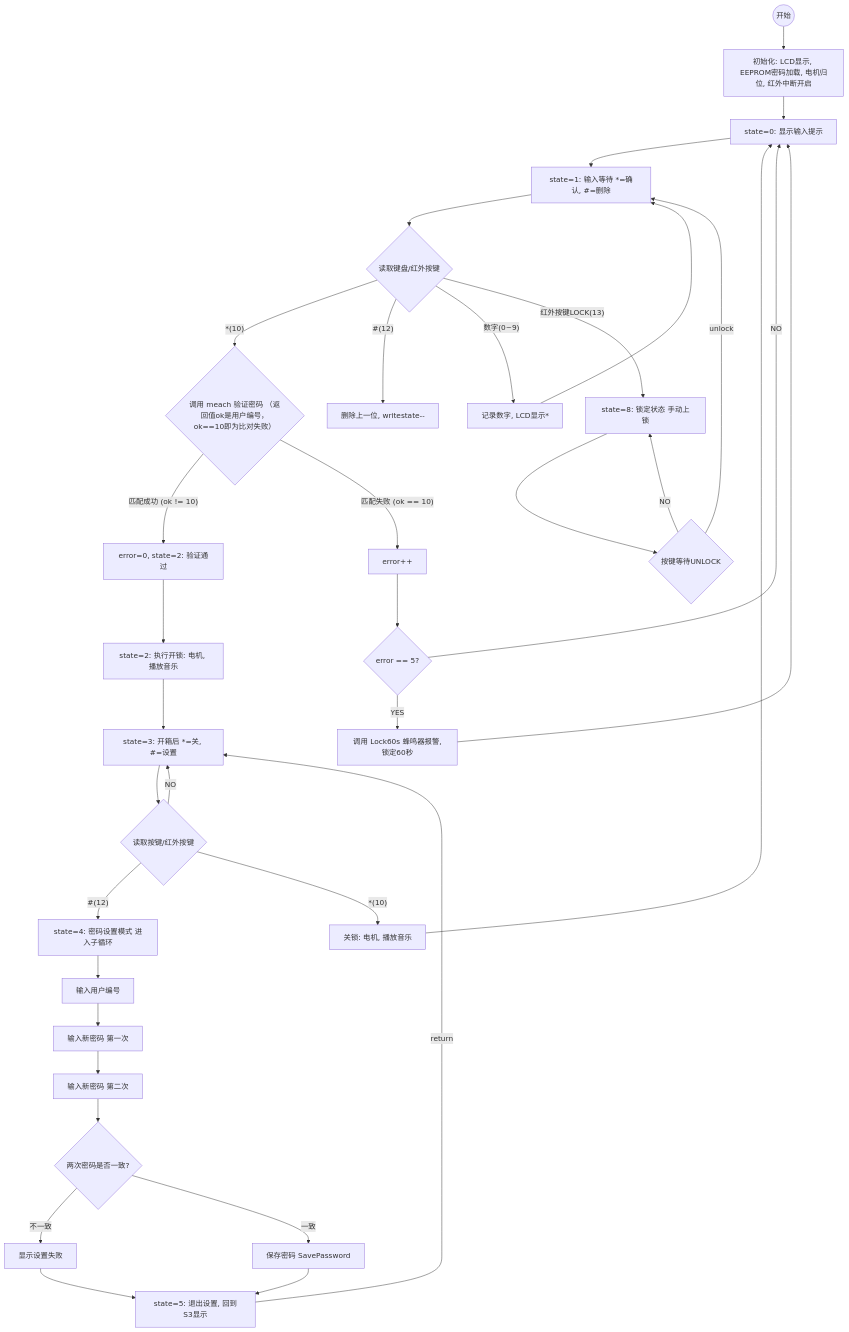
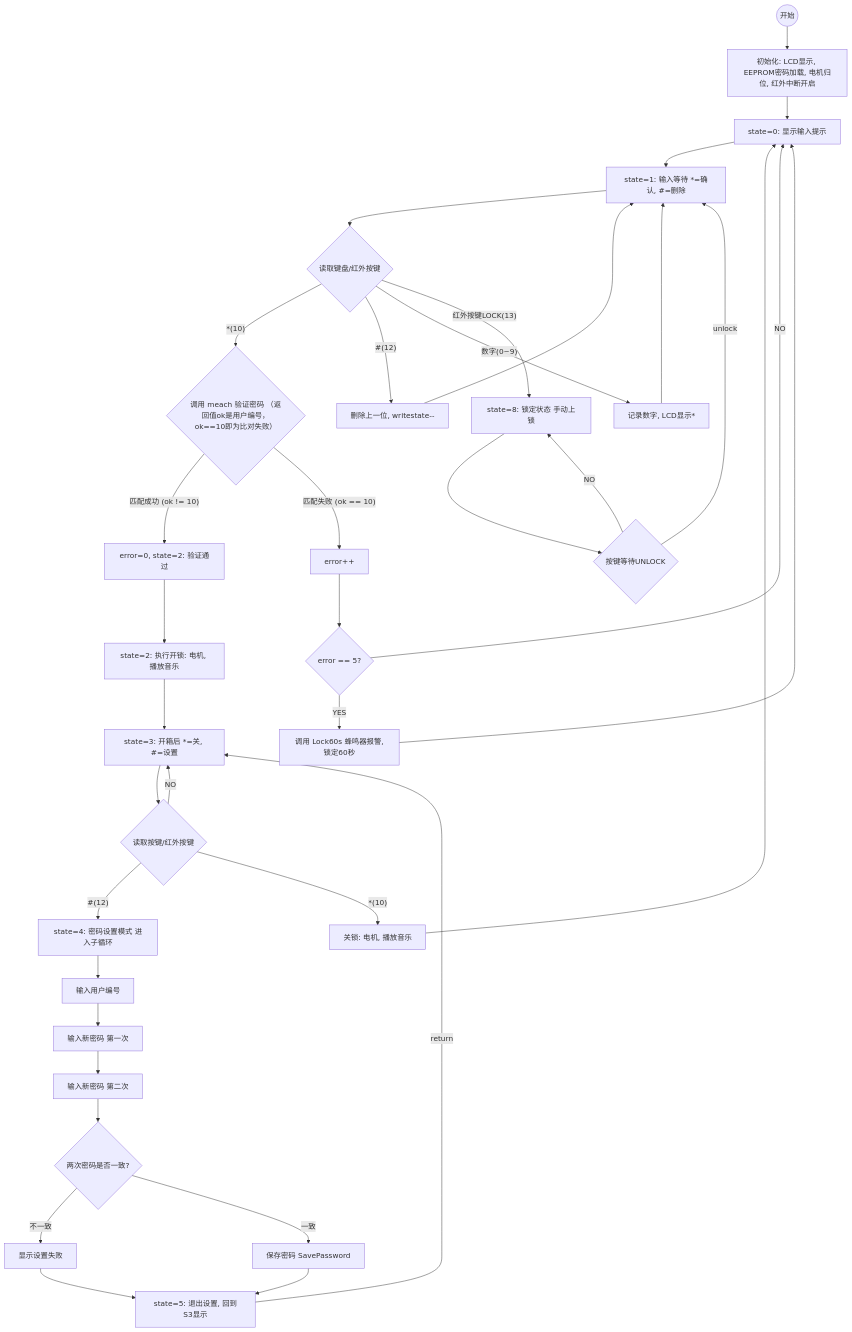
Before and after one commit to ksxyh-22/iodraw-files: the diagram in all/未命名-2.md, drawn with Mermaid.

Commit message:
2025-10-11 11:36:21 update

````diff
--- a/all/未命名-2.md
+++ b/all/未命名-2.md
@@ -1,76 +1,76 @@
 ```mermaid
 graph TD
     %% 状态机主流程
     START((开始)) --> INIT[初始化: LCD显示, EEPROM密码加载, 电机归位, 红外中断开启];
     INIT --> S0[state=0: 显示输入提示];
 
     %% 状态 1: 密码输入与验证 (主流程)
     S0 --> S1[state=1: 输入等待 *=确认, #=删除];
     
     S1 --> INPUT{读取键盘/红外按键};
     
     %% 验证分支
     INPUT -- *(10) --> VERIFY{调用 meach 验证密码 （返回值ok是用户编号，ok==10即为比对失败）};
 
 
     INPUT -- #(12) --> DELETE[删除上一位, writestate--];
-    
     INPUT -- 数字(0~9) --> DIGIT[记录数字, LCD显示*];
     DIGIT --> S1;
+    DELETE --> S1;
 
     
 
     
 
     
     VERIFY -- 匹配成功 (ok != 10) --> S2_SUCCESS[error=0, state=2: 验证通过];
     
     %% 失败和错误处理 (分支到右侧)
     VERIFY -- 匹配失败 (ok == 10) --> ERROR_COUNT[error++];
     
     ERROR_COUNT --> CHECK_ERRORS{error == 5?};
     
     CHECK_ERRORS -- NO --> S0;
 
     CHECK_ERRORS -- YES --> LOCK_60s[调用 Lock60s 蜂鸣器报警,锁定60秒];
     LOCK_60s --> S0;
 
     %% 状态 2, 3, 5: 开锁后的操作 (主流程)
     S2_SUCCESS --> S2_OPEN[state=2: 执行开锁: 电机, 播放音乐];
     S2_OPEN --> S3[state=3: 开箱后 *=关, #=设置];
 
     S3 --> POST_KEY{读取按键/红外按键};
     
     POST_KEY -- NO --> S3;
     
     POST_KEY -- #(12) --> S4[state=4: 密码设置模式 进入子循环];
 
     POST_KEY -- *(10) --> S3_CLOSE[关锁: 电机, 播放音乐];
     S3_CLOSE --> S0;
     
     
 
     %% 状态 4: 密码设置 (子流程)
     S4 --> S4_USER[输入用户编号];
     S4_USER --> S4_PASS1[输入新密码 第一次];
     S4_PASS1 --> S4_PASS2[输入新密码 第二次];
 
     S4_PASS2 --> S4_CHECK{两次密码是否一致?};
     
     S4_CHECK -- 不一致 --> S4_FAIL[显示设置失败];
     S4_FAIL --> S5[state=5: 退出设置, 回到S3显示];
 
     S4_CHECK -- 一致 --> S4_SAVE[保存密码 SavePassword];
     S4_SAVE --> S5;
     
     S5 -- return --> S3; 
     
     %% 手动锁定 (分支到右侧)
     INPUT -- 红外按键LOCK(13) --> S8;
 
     %% 状态 8: 锁定状态 (独立循环)
     S8[state=8: 锁定状态 手动上锁] --> S8_WAIT{按键等待UNLOCK};
     
     S8_WAIT -- NO --> S8;
     S8_WAIT -- unlock --> S1;
 ```
````
